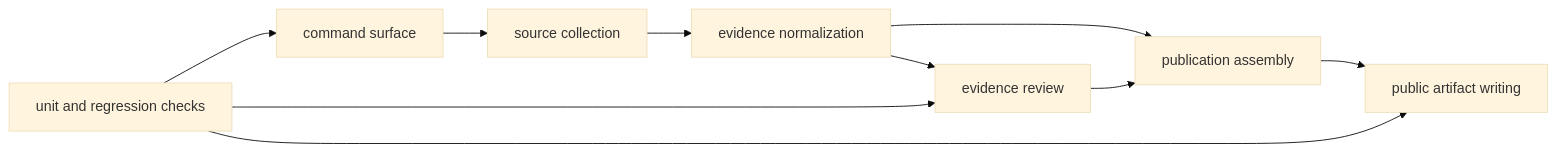
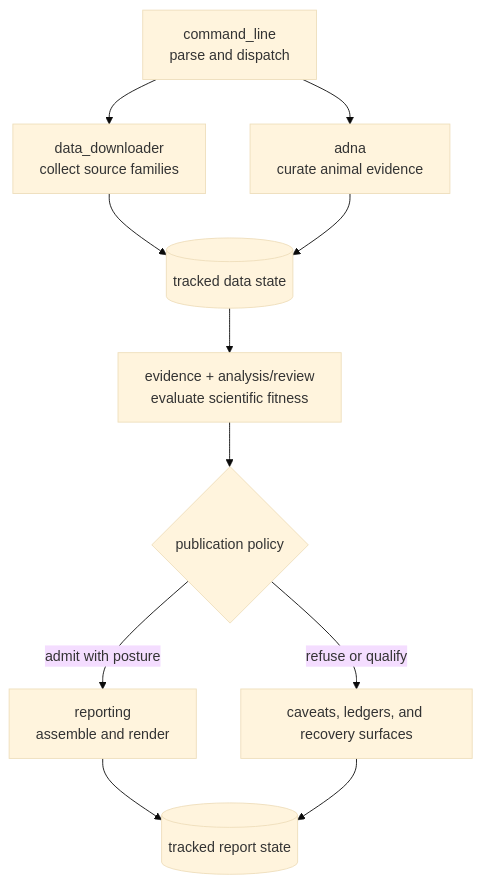
One commit to bijux/bijux-pollenomics changed the first of 2 diagrams in docs/public/pollenomics/architecture/index.md. Above: the diagram before and after it, drawn with Mermaid (base theme). The commit also changed other lines of this file and 1 other file, not shown here.

Commit message:
docs(architecture): map evidence ownership to publication

````diff
--- a/docs/public/pollenomics/architecture/index.md
+++ b/docs/public/pollenomics/architecture/index.md
@@ -27,20 +20,13 @@
 ```mermaid
-flowchart LR
-    commands["command surface"]
-    collection["source collection"]
-    normalization["evidence normalization"]
-    review["evidence review"]
-    assembly["publication assembly"]
-    writing["public artifact writing"]
-    checks["unit and regression checks"]
-
-    commands --> collection
-    collection --> normalization
-    normalization --> review
-    normalization --> assembly
-    review --> assembly
-    assembly --> writing
-    checks --> commands
-    checks --> review
-    checks --> writing
+flowchart TB
+    CLI["command_line\nparse and dispatch"] --> Collect["data_downloader\ncollect source families"]
+    CLI --> Animal["adna\ncurate animal evidence"]
+    Collect --> Data[("tracked data state")]
+    Animal --> Data
+    Data --> Evidence["evidence + analysis/review\nevaluate scientific fitness"]
+    Evidence --> Gate{"publication policy"}
+    Gate -->|admit with posture| Reporting["reporting\nassemble and render"]
+    Gate -->|refuse or qualify| Reviews["caveats, ledgers, and recovery surfaces"]
+    Reporting --> Reports[("tracked report state")]
+    Reviews --> Reports
 ```
````
